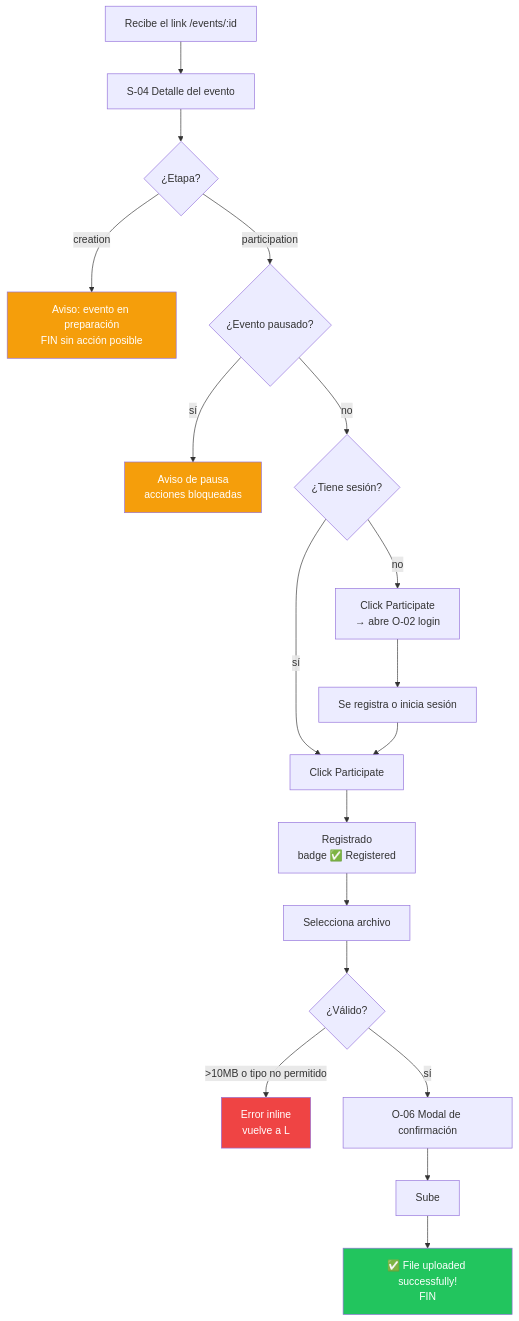
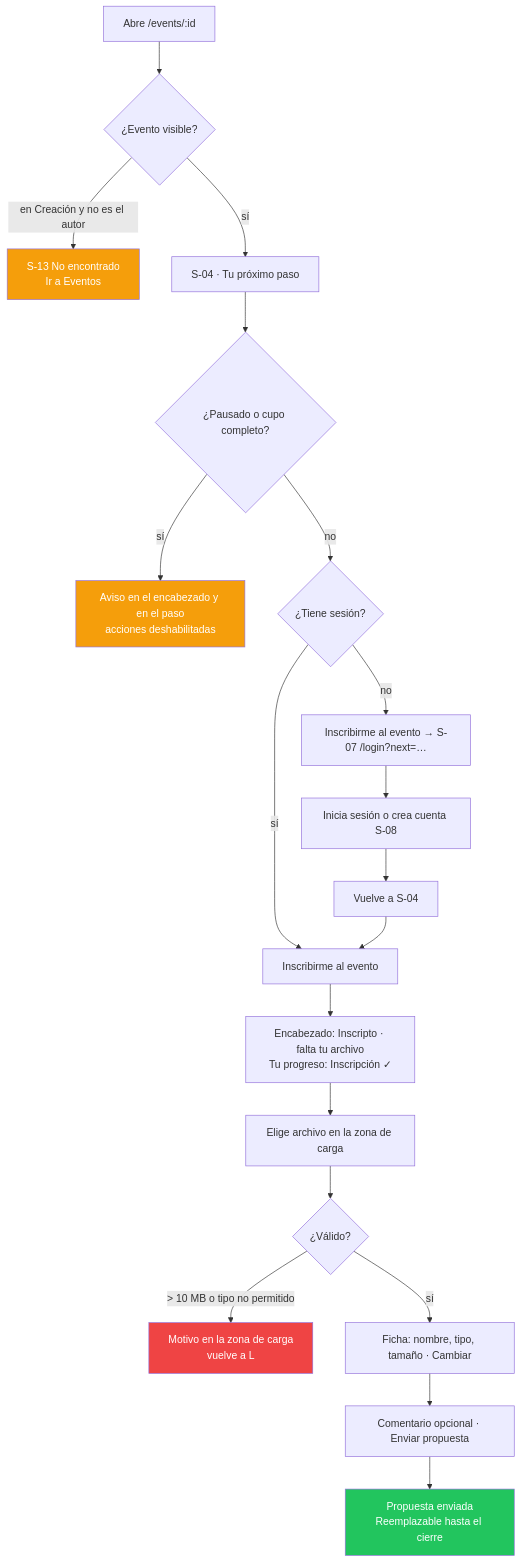
The first of 5 diagrams in docs/ux/surfaces/web/user-flows.md (gravadigital/telescope), drawn with Mermaid before and after one commit. The commit also changed other lines of this file and 84 other files, not shown here.

````diff
--- a/docs/ux/surfaces/web/user-flows.md
+++ b/docs/ux/surfaces/web/user-flows.md
@@ -27,25 +25,26 @@
 ```mermaid
 graph TD
-    A[Recibe el link /events/:id] --> B[S-04 Detalle del evento]
-    B --> C{¿Etapa?}
-    C -->|creation| D[Aviso: evento en preparación<br/>FIN sin acción posible]
-    C -->|participation| E{¿Evento pausado?}
-    E -->|sí| F[Aviso de pausa<br/>acciones bloqueadas]
-    E -->|no| G{¿Tiene sesión?}
-    G -->|no| H[Click Participate<br/>→ abre O-02 login]
-    H --> I[Se registra o inicia sesión]
-    G -->|sí| J[Click Participate]
+    A[Abre /events/:id] --> B{¿Evento visible?}
+    B -->|en Creación y no es el autor| NF[S-13 No encontrado<br/>Ir a Eventos]
+    B -->|sí| C[S-04 · Tu próximo paso]
+    C --> D{¿Pausado o cupo completo?}
+    D -->|sí| E[Aviso en el encabezado y en el paso<br/>acciones deshabilitadas]
+    D -->|no| F{¿Tiene sesión?}
+    F -->|no| G[Inscribirme al evento → S-07 /login?next=…]
+    G --> H[Inicia sesión o crea cuenta S-08]
+    H --> I[Vuelve a S-04]
+    F -->|sí| J[Inscribirme al evento]
     I --> J
-    J --> K[Registrado<br/>badge ✅ Registered]
-    K --> L[Selecciona archivo]
+    J --> K[Encabezado: Inscripto · falta tu archivo<br/>Tu progreso: Inscripción ✓]
+    K --> L[Elige archivo en la zona de carga]
     L --> M{¿Válido?}
-    M -->|>10MB o tipo no permitido| N[Error inline<br/>vuelve a L]
-    M -->|sí| O[O-06 Modal de confirmación]
-    O --> P[Sube]
-    P --> Q[✅ File uploaded successfully!<br/>FIN]
+    M -->|> 10 MB o tipo no permitido| N[Motivo en la zona de carga<br/>vuelve a L]
+    M -->|sí| O[Ficha: nombre, tipo, tamaño · Cambiar]
+    O --> P[Comentario opcional · Enviar propuesta]
+    P --> Q[Propuesta enviada<br/>Reemplazable hasta el cierre]
 
-    style D fill:#f59e0b,color:#fff
-    style F fill:#f59e0b,color:#fff
+    style NF fill:#f59e0b,color:#fff
+    style E fill:#f59e0b,color:#fff
     style N fill:#ef4444,color:#fff
     style Q fill:#22c55e,color:#fff
 ```
````
